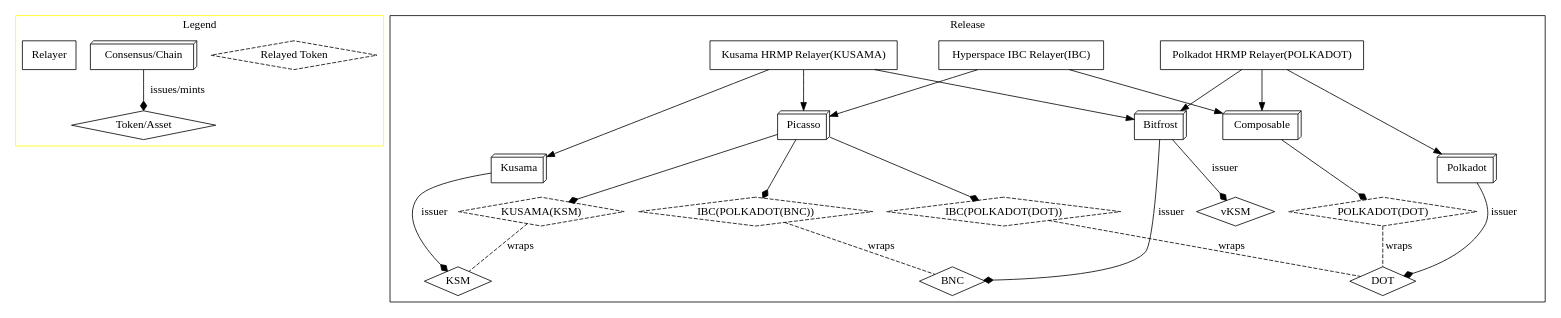
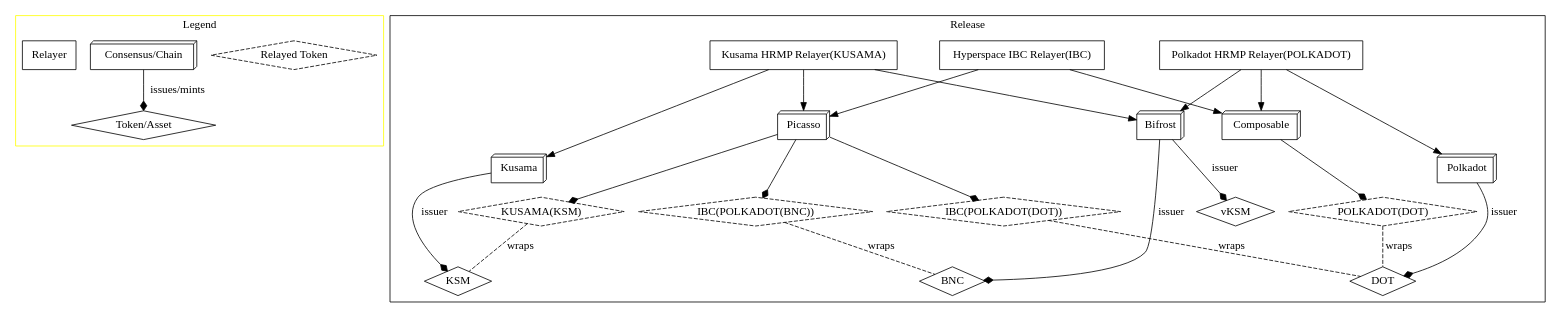
Before and after one commit to ComposableFi/composable: the diagram in docs/xcvm_denominations_tokens.dot, drawn with Graphviz. The commit also changed 1 other file, not shown here.

Commit message:
always read it as bitforst, it was bifrost

```diff
--- a/docs/xcvm_denominations_tokens.dot
+++ b/docs/xcvm_denominations_tokens.dot
@@ -1,65 +1,65 @@
 digraph xcvm_denominations_tokens {
     graph [fontname = "Handlee"];
     node [fontname = "Handlee"];
     edge [fontname = "Handlee"];
 
     subgraph cluster_legend {
         label = "Legend";
         color = yellow;
         "Token/Asset" [shape = diamond;];
         "Relayed Token" [shape = diamond;style = dashed;];
         "Consensus/Chain" [shape = box3d;];
         "Consensus/Chain" -> "Token/Asset" [arrowhead = diamond; label = "issues/mints";];
         "Relayer" [shape = record;];
     }
     
     subgraph cluster_release {
         label = "Release";
         dot [shape = diamond;label = "DOT";];
         ksm [shape = diamond;label = "KSM";];
         vksm [shape = diamond;label = "vKSM";];
         bnc [shape = diamond;label = "BNC";];
         kusama_ksm [shape = diamond;label = "KUSAMA(KSM)";style = dashed;];
         polkadot_dot [shape = diamond;label = "POLKADOT(DOT)";style = dashed;];
         ibc_polkadot_dot [shape = diamond;label = "IBC(POLKADOT(DOT))";style = dashed;];
         ibc_polkadot_bnc [shape = diamond;label = "IBC(POLKADOT(BNC))";style = dashed;];
         
-        bitfrost_kusama [shape = box3d;label = "Bitfrost";];
+        bifrost_kusama [shape = box3d;label = "Bifrost";];
         picasso [shape = box3d;label = "Picasso";];
         kusama [shape = box3d;label = "Kusama";];
         polkadot [shape = box3d;label = "Polkadot";];
         composable [shape = box3d;label = "Composable";];
         ibc_relayer [shape = record;label = "Hyperspace IBC Relayer(IBC)";];
         kusama_relayer [shape = record;label = "Kusama HRMP Relayer(KUSAMA)";];
         polkadot_relayer [shape = record;label = "Polkadot HRMP Relayer(POLKADOT)";];
         
         kusama_relayer -> kusama [shape = bidirectional;];
         kusama_relayer -> picasso [shape = bidirectional;];
-        kusama_relayer -> bitfrost_kusama [shape = bidirectional;];
+        kusama_relayer -> bifrost_kusama [shape = bidirectional;];
         
         polkadot_relayer -> composable [shape = bidirectional;];
-        polkadot_relayer -> bitfrost_kusama [shape = bidirectional;];
+        polkadot_relayer -> bifrost_kusama [shape = bidirectional;];
         polkadot_relayer -> polkadot [shape = bidirectional;];
         
         ibc_relayer -> composable;
         ibc_relayer -> picasso;
         
         kusama -> ksm [arrowhead = diamond; label = "issuer";];
         picasso -> kusama_ksm [arrowhead = diamond;];
         kusama_ksm -> ksm [arrowhead = none; style = dashed; label = "wraps";];
         
-        bitfrost_kusama -> bnc [arrowhead = diamond; label = "issuer";];
-        bitfrost_kusama -> vksm [arrowhead = diamond; label = "issuer";];
+        bifrost_kusama -> bnc [arrowhead = diamond; label = "issuer";];
+        bifrost_kusama -> vksm [arrowhead = diamond; label = "issuer";];
         
         polkadot -> dot [arrowhead = diamond; label = "issuer";];
         composable -> polkadot_dot [arrowhead = diamond;];
         polkadot_dot -> dot [arrowhead = none; style = dashed; label = "wraps";];
         
         picasso -> ibc_polkadot_bnc [arrowhead = diamond;];
         picasso -> ibc_polkadot_dot [arrowhead = diamond;];
         
         ibc_polkadot_bnc -> bnc [arrowhead = none; style = dashed; label = "wraps";];
         
         ibc_polkadot_dot -> dot [arrowhead = none; style = dashed; label = "wraps";];
     }
 }
```
